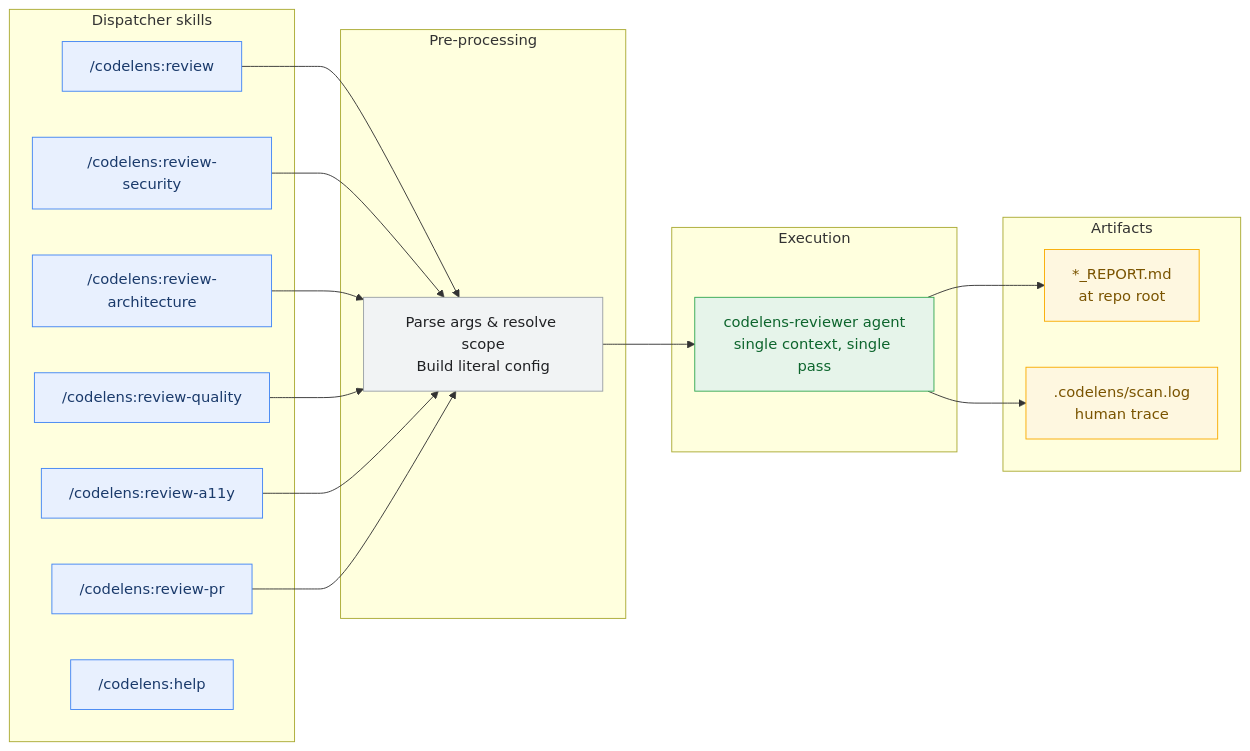
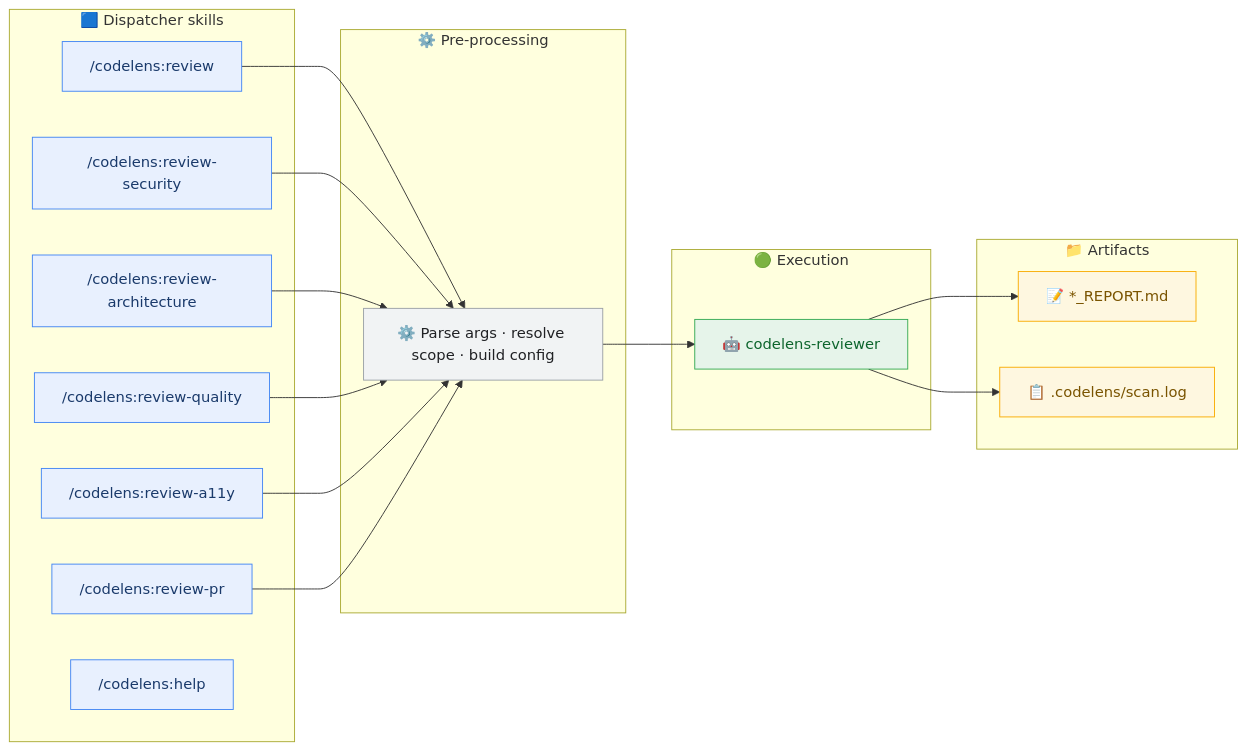
Before and after one commit to nurmdrafi/codelens: the first of 2 diagrams in docs/pipeline-diagram.md, drawn with Mermaid. The commit also changed other lines of this file, not shown here.

First line of the commit message:
docs(pipeline-diagram): polish — fix D-node wiring, entity escape, caption accuracy, bridge sentence

````diff
--- a/docs/pipeline-diagram.md
+++ b/docs/pipeline-diagram.md
@@ -15,40 +15,40 @@
 ```mermaid
 flowchart LR
     classDef dispatch fill:#e8f0fe,stroke:#4285f4,color:#1a3a6b
     classDef preprocess fill:#f1f3f4,stroke:#9aa0a6,color:#202124
     classDef agent fill:#e6f4ea,stroke:#34a853,color:#0d652d
     classDef output fill:#fef7e0,stroke:#f9ab00,color:#7a5400
 
-    subgraph S1["Dispatcher skills"]
+    subgraph S1["🟦 Dispatcher skills"]
         R["/codelens:review"]:::dispatch
         RS["/codelens:review-security"]:::dispatch
         RA["/codelens:review-architecture"]:::dispatch
         RQ["/codelens:review-quality"]:::dispatch
         RX["/codelens:review-a11y"]:::dispatch
         RP["/codelens:review-pr"]:::dispatch
         H["/codelens:help"]:::dispatch
     end
 
-    subgraph S2["Pre-processing"]
-        P["Parse args & resolve scope<br/>Build literal config"]:::preprocess
+    subgraph S2["⚙️ Pre-processing"]
+        P["⚙️ Parse args · resolve scope · build config"]:::preprocess
     end
 
-    subgraph S3["Execution"]
-        A["codelens-reviewer agent<br/>single context, single pass"]:::agent
+    subgraph S3["🟢 Execution"]
+        A["🤖 codelens-reviewer"]:::agent
     end
 
-    subgraph S4["Artifacts"]
-        O1["*_REPORT.md<br/>at repo root"]:::output
-        O2[".codelens/scan.log<br/>human trace"]:::output
+    subgraph S4["📁 Artifacts"]
+        O1["📝 *_REPORT.md"]:::output
+        O2["📋 .codelens/scan.log"]:::output
     end
 
     R --> P
     RS --> P
     RA --> P
     RQ --> P
     RX --> P
     RP --> P
     P --> A
     A --> O1
     A --> O2
 ```
````
